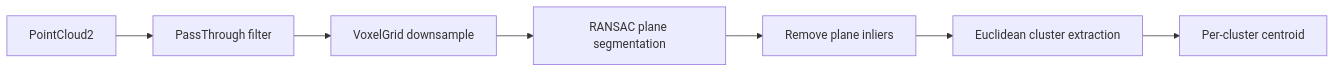
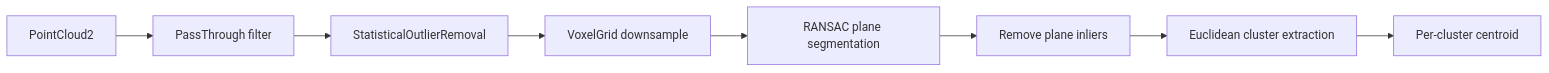
Before and after one commit to jgyy/robotcon: the diagram in 12courseofproduct/mastering-with-ros-tiago-melodic/08-perception-with-pcl.md, drawn with Mermaid. The commit also changed other lines of this file and 27 other files, not shown here.

````diff
--- a/12courseofproduct/mastering-with-ros-tiago-melodic/08-perception-with-pcl.md
+++ b/12courseofproduct/mastering-with-ros-tiago-melodic/08-perception-with-pcl.md
@@ -7,9 +7,10 @@
 ```mermaid
 flowchart LR
     PC[PointCloud2] --> PT[PassThrough filter]
-    PT --> VG[VoxelGrid downsample]
+    PT --> SOR[StatisticalOutlierRemoval]
+    SOR --> VG[VoxelGrid downsample]
     VG --> RANSAC[RANSAC plane segmentation]
     RANSAC --> Remove[Remove plane inliers]
     Remove --> Cluster[Euclidean cluster extraction]
     Cluster --> Centroid[Per-cluster centroid]
 ```
````
